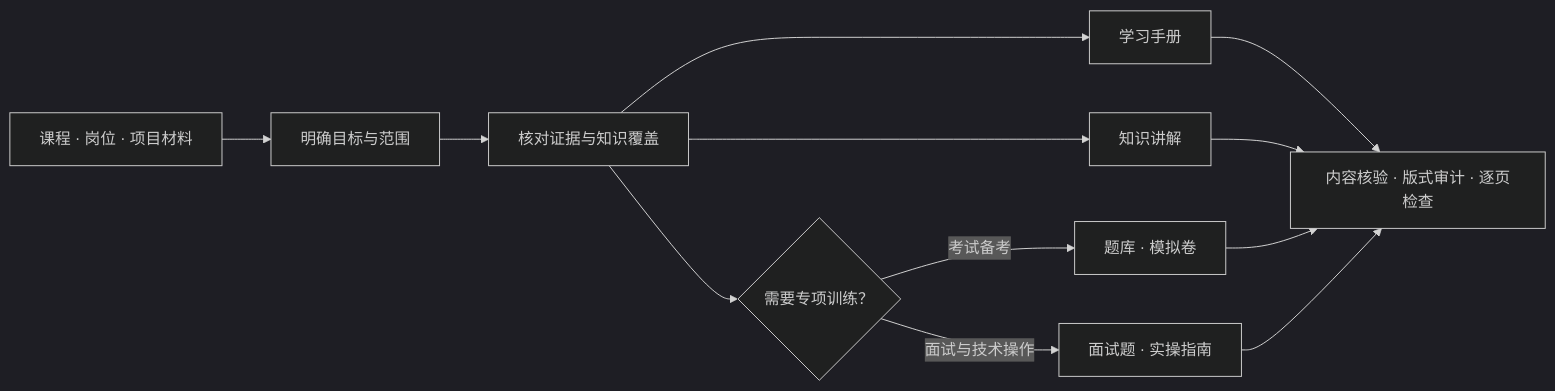
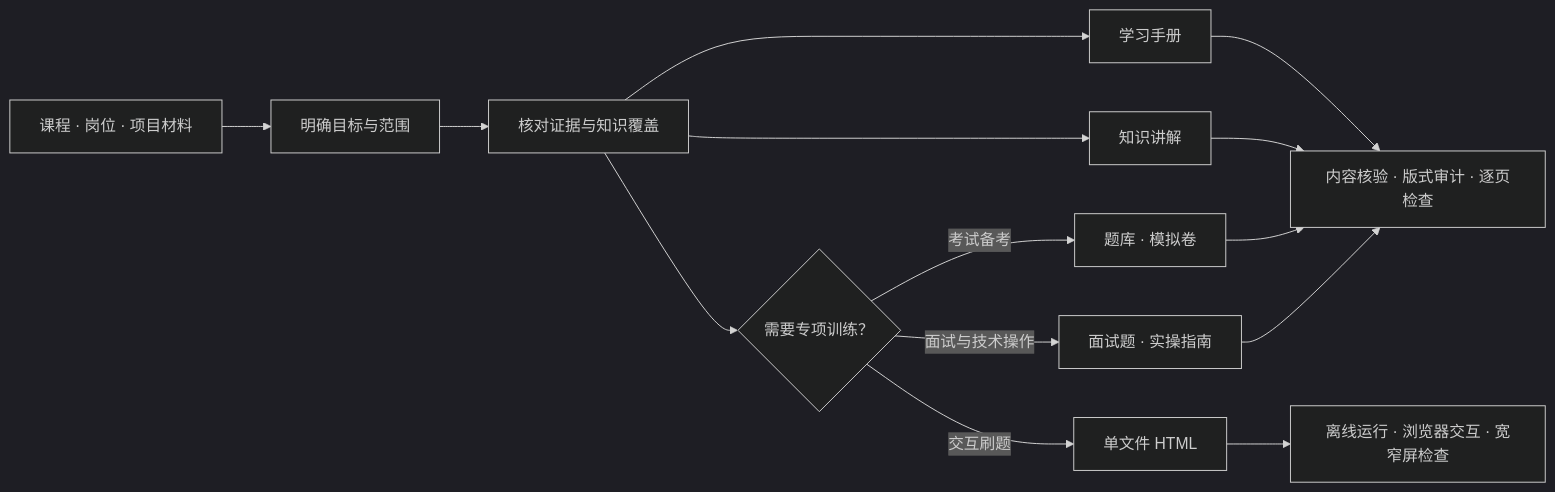
One commit to Gusuhanfeng/study-fast changed the first of 2 diagrams in README.md. Above: the diagram before and after it, drawn with Mermaid (dark theme). The commit also changed other lines of this file and 3 other files, not shown here.

````diff
--- a/README.md
+++ b/README.md
@@ -40,14 +59,16 @@
 ```mermaid
 flowchart LR
     A[课程 · 岗位 · 项目材料] --> B[明确目标与范围]
     B --> C[核对证据与知识覆盖]
     C --> D[学习手册]
     C --> E[知识讲解]
     C --> F{需要专项训练？}
     F -->|考试备考| G[题库 · 模拟卷]
     F -->|面试与技术操作| H[面试题 · 实操指南]
+    F -->|交互刷题| J[单文件 HTML]
     D --> I[内容核验 · 版式审计 · 逐页检查]
     E --> I
     G --> I
     H --> I
+    J --> K[离线运行 · 浏览器交互 · 宽窄屏检查]
 ```
````
